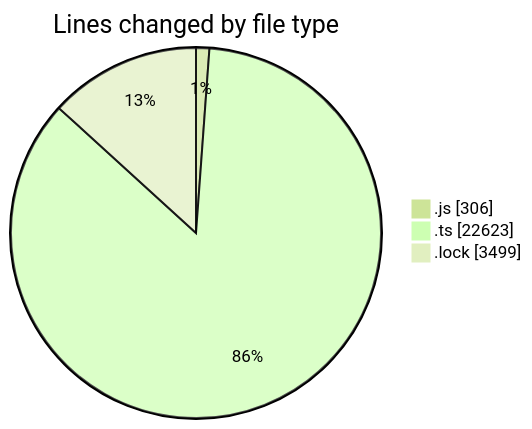
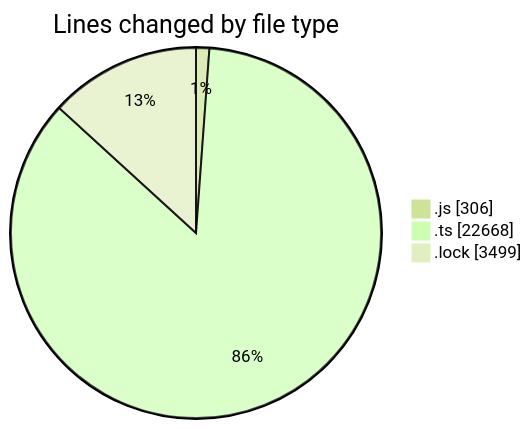
Before and after one commit to momahboobian/code-tracking: the first of 2 diagrams in 2025-05-27/cda/README.md, drawn with Mermaid (forest theme). The commit also changed other lines of this file and 1 other file, not shown here.

````diff
--- a/2025-05-27/cda/README.md
+++ b/2025-05-27/cda/README.md
@@ -28,7 +28,7 @@
 ```mermaid
 pie showData
 title Lines changed by file type
 ".js" : 306
-".ts" : 22623
+".ts" : 22668
 ".lock" : 3499
 ```
````
